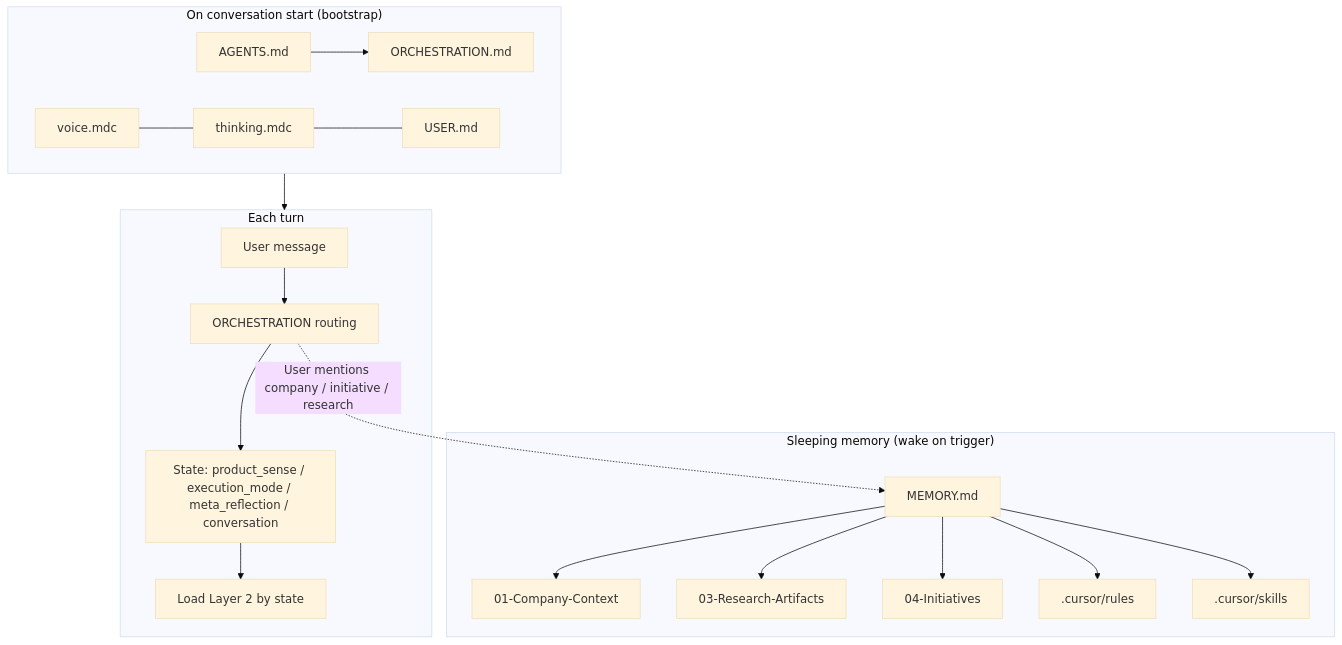
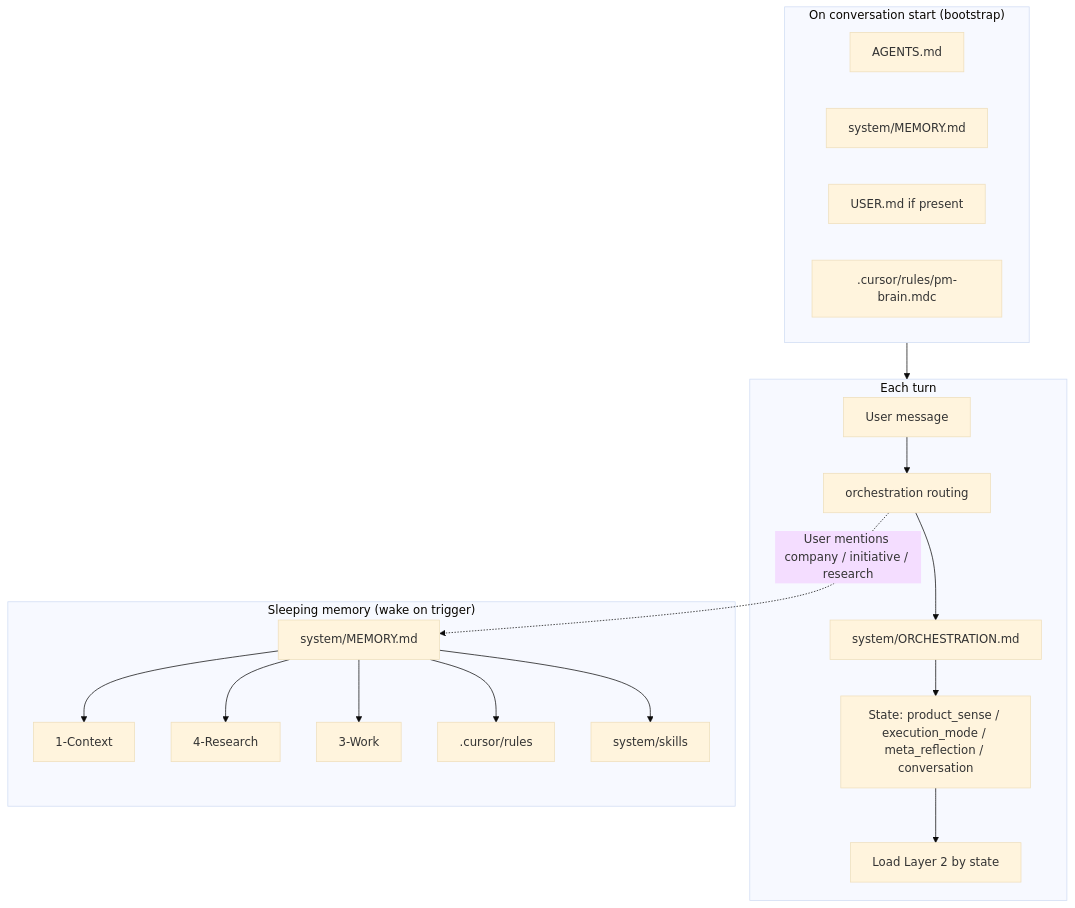
Before and after one commit to andreaskelm/pm-brain: the third of 9 diagrams in docs/architecture.md, drawn with Mermaid (base theme). The commit also changed other lines of this file and 644 other files, not shown here.

````diff
--- a/docs/architecture.md
+++ b/docs/architecture.md
@@ -135,37 +136,35 @@
 ```mermaid
 flowchart TB
   subgraph Startup["On conversation start (bootstrap)"]
     A2[AGENTS.md]
-    O2[ORCHESTRATION.md]
-    Voice2[voice.mdc]
-    Think2[thinking.mdc]
-    Personal2[USER.md]
-    A2 --> O2
-    Voice2 --- Think2 --- Personal2
+    M2[system/MEMORY.md]
+    Personal2[USER.md if present]
+    Cursor[.cursor/rules/pm-brain.mdc]
   end
 
   subgraph Turn["Each turn"]
     U[User message]
-    R[ORCHESTRATION routing]
+    R[orchestration routing]
+    O2[system/ORCHESTRATION.md]
     S[State: product_sense / execution_mode / meta_reflection / conversation]
     L[Load Layer 2 by state]
-    U --> R --> S --> L
+    U --> R --> O2 --> S --> L
   end
 
   subgraph Sleep["Sleeping memory (wake on trigger)"]
-    M[MEMORY.md]
-    C1[01-Company-Context]
-    C3[03-Research-Artifacts]
-    C4[04-Initiatives]
+    M[system/MEMORY.md]
+    C1[1-Context]
+    C3[4-Research]
+    C4[3-Work]
     Rrules[.cursor/rules]
-    Sskills[.cursor/skills]
+    Sskills[system/skills]
     M --> C1
     M --> C3
     M --> C4
     M --> Rrules
     M --> Sskills
   end
 
   Startup --> Turn
   R -.->|"User mentions company / initiative / research"| M
 ```
````
